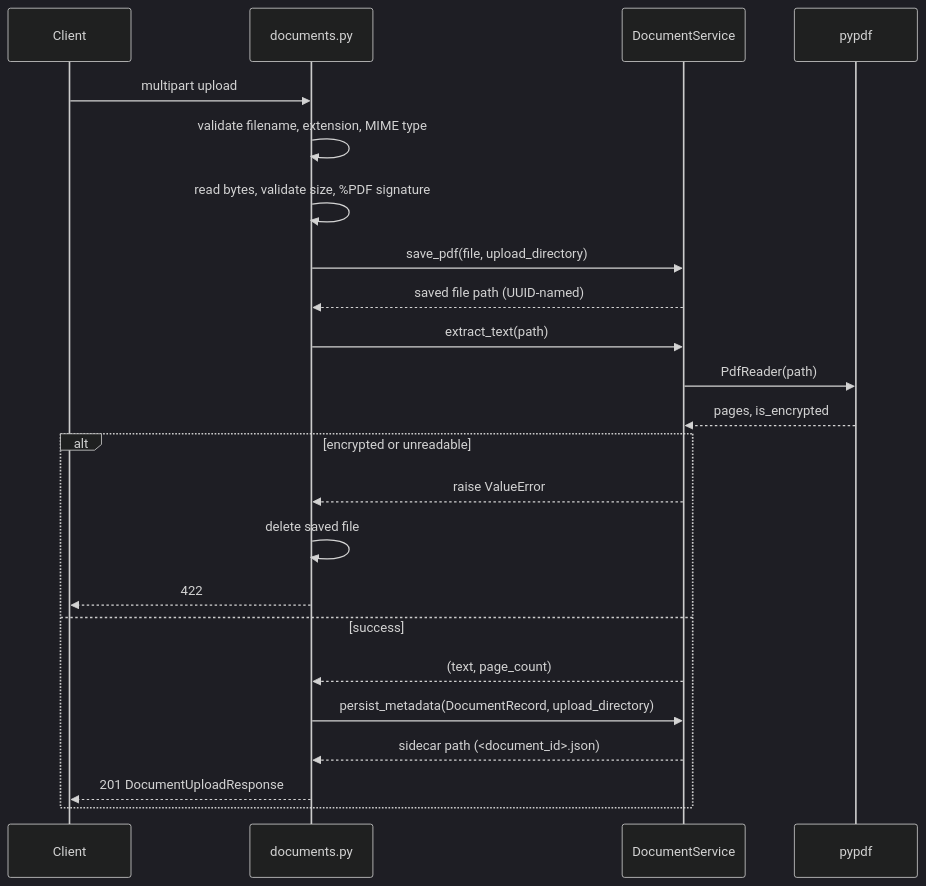
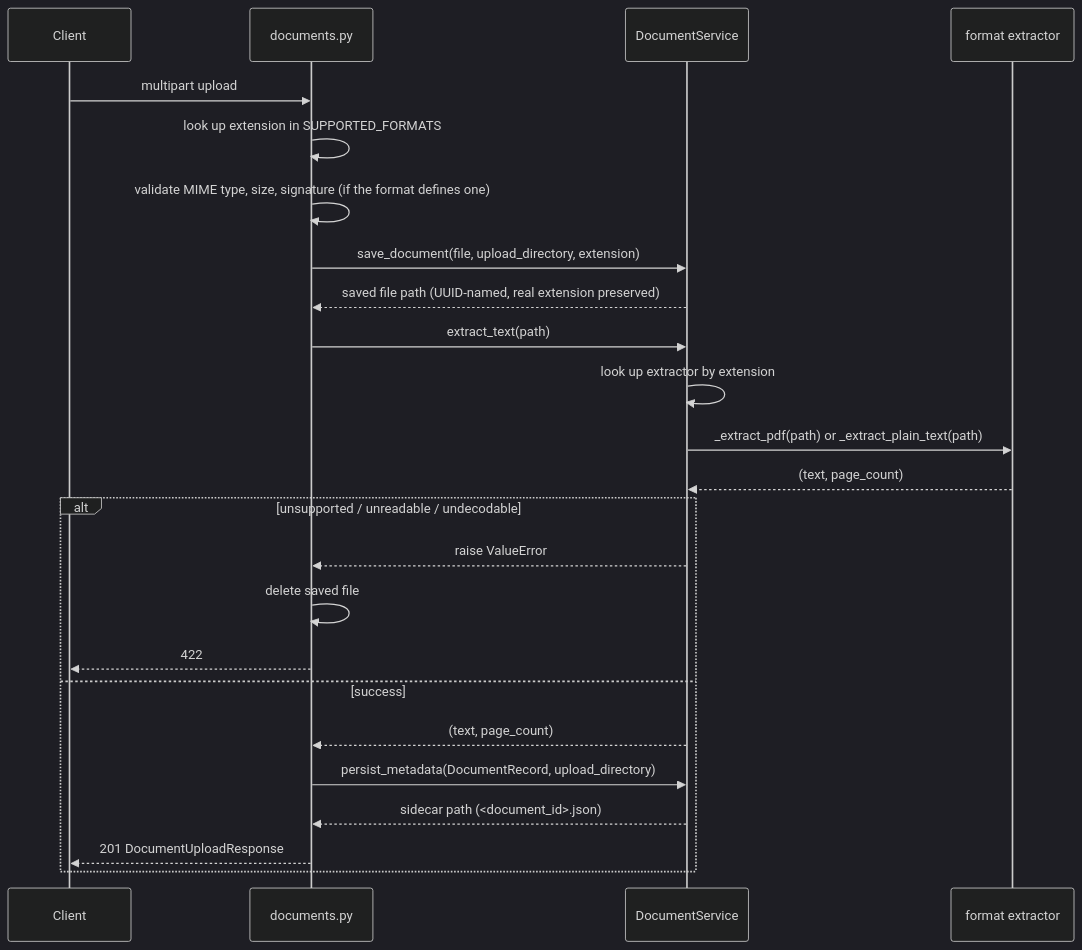
One commit to NavdeepTU/KnowledgeHub_AI changed the second of 2 diagrams in docs/ARCHITECTURE.md. Above: the diagram before and after it, drawn with Mermaid (dark theme). The commit also changed other lines of this file and 4 other files, not shown here.

First line of the commit message:
Document multi-format upload support

````diff
--- a/docs/ARCHITECTURE.md
+++ b/docs/ARCHITECTURE.md
@@ -60,26 +60,27 @@
 ```mermaid
 sequenceDiagram
     participant Client
     participant Router as documents.py
     participant Service as DocumentService
-    participant PyPDF as pypdf
+    participant Extractor as format extractor
 
     Client->>Router: multipart upload
-    Router->>Router: validate filename, extension, MIME type
-    Router->>Router: read bytes, validate size, %PDF signature
-    Router->>Service: save_pdf(file, upload_directory)
-    Service-->>Router: saved file path (UUID-named)
+    Router->>Router: look up extension in SUPPORTED_FORMATS
+    Router->>Router: validate MIME type, size, signature (if the format defines one)
+    Router->>Service: save_document(file, upload_directory, extension)
+    Service-->>Router: saved file path (UUID-named, real extension preserved)
     Router->>Service: extract_text(path)
-    Service->>PyPDF: PdfReader(path)
-    PyPDF-->>Service: pages, is_encrypted
-    alt encrypted or unreadable
+    Service->>Service: look up extractor by extension
+    Service->>Extractor: _extract_pdf(path) or _extract_plain_text(path)
+    Extractor-->>Service: (text, page_count)
+    alt unsupported / unreadable / undecodable
         Service-->>Router: raise ValueError
         Router->>Router: delete saved file
         Router-->>Client: 422
     else success
         Service-->>Router: (text, page_count)
         Router->>Service: persist_metadata(DocumentRecord, upload_directory)
         Service-->>Router: sidecar path (<document_id>.json)
         Router-->>Client: 201 DocumentUploadResponse
     end
 ```
````
